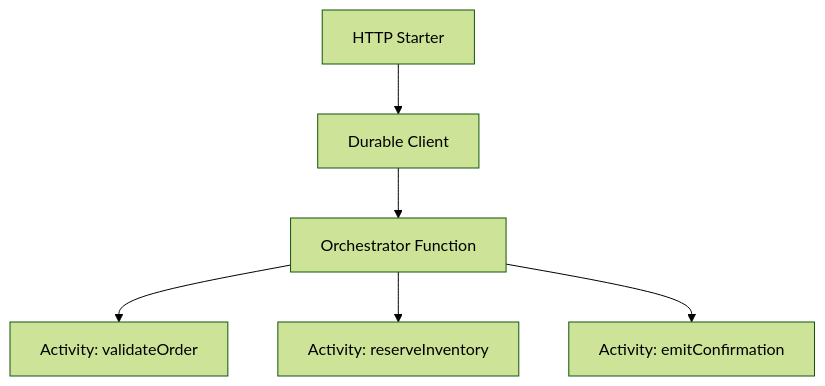
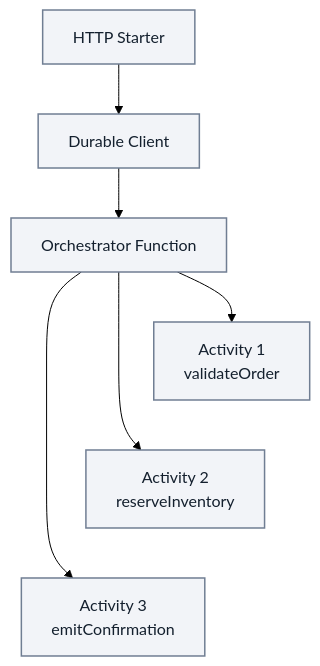
Before and after one commit to yeongseon/azure-functions-practical-guide: the diagram in docs/language-guides/nodejs/recipes/durable-orchestration.md, drawn with Mermaid (forest theme). The commit also changed other lines of this file and 4 other files, not shown here.

First line of the commit message:
docs(diagrams): migrate Functions Durable Functions — durable orchestration and durable advanced and related pages (#424)

````diff
--- a/docs/language-guides/nodejs/recipes/durable-orchestration.md
+++ b/docs/language-guides/nodejs/recipes/durable-orchestration.md
@@ -25,8 +25,15 @@
 ```mermaid
 flowchart TD
+    accTitle: Node.js Durable workflow roles
+    accDescr: The HTTP starter uses a Durable client to start the orchestrator, which calls the three named activities. Arrows show logical dependencies, not parallel execution.
     START[HTTP Starter] --> CLIENT[Durable Client]
     CLIENT --> ORCH[Orchestrator Function]
-    ORCH --> ACT1[Activity: validateOrder]
-    ORCH --> ACT2[Activity: reserveInventory]
-    ORCH --> ACT3[Activity: emitConfirmation]
+    ORCH --> ACT1["Activity 1<br/>validateOrder"]
+    ORCH --> ACT2["Activity 2<br/>reserveInventory"]
+    ORCH --> ACT3["Activity 3<br/>emitConfirmation"]
+    %% Layout-only tiers; these links add no calls or execution-order arrows.
+    ACT1 ~~~ ACT2
+    ACT2 ~~~ ACT3
+    classDef neutral fill:#f2f4f8,stroke:#707e93,stroke-width:1.5px,color:#14202e;
+    class START,CLIENT,ORCH,ACT1,ACT2,ACT3 neutral;
 ```
````
